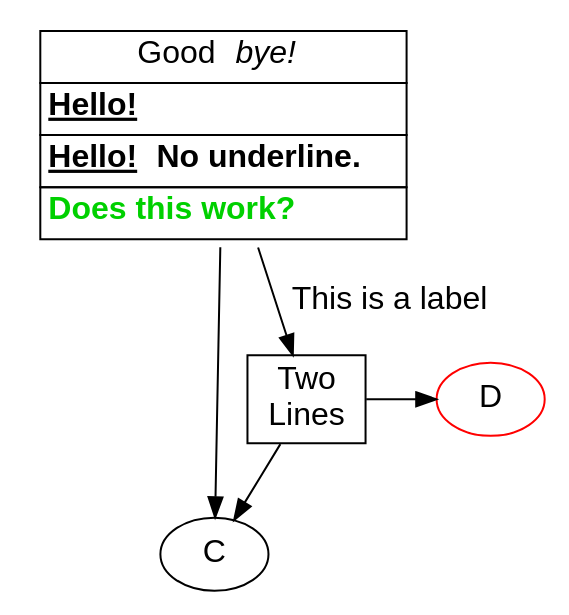
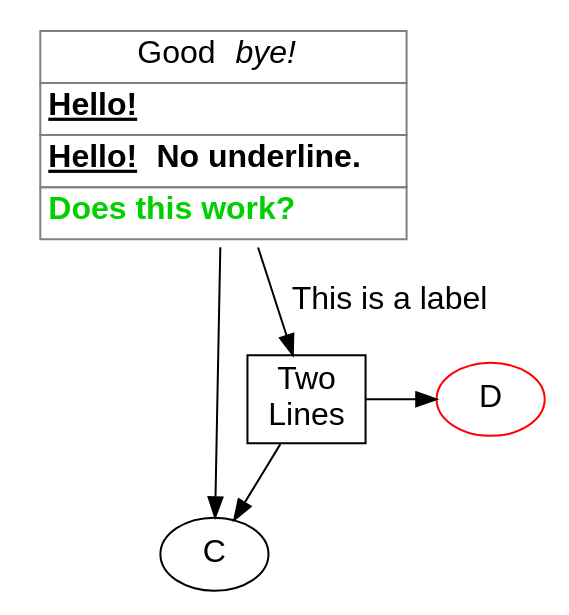
Before and after one commit to softwaretechnik-berlin/graphviz-scala: the diagram in doc/test.dot, drawn with Graphviz. The commit also changed 4 other files, not shown here.

```diff
--- a/doc/test.dot
+++ b/doc/test.dot
@@ -1,26 +1,26 @@
 digraph  {
   node [fontname = "Helvetica"; fontsize = 16.0;];
   edge [fontname = "Helvetica"; fontsize = 16.0;];
   fontname = "Helvetica";
   fontsize = 16.0;
   A [
-    label = <<TABLE border="0" cellBorder="1" cellPadding="3" cellSpacing="0">
+    label = <<TABLE border="0" cellBorder="1" cellPadding="3" cellSpacing="0" color="gray">
       <TR><TD >Good <I>bye!</I></TD></TR>
       <TR><TD align="Left"><B><U>Hello!</U></B></TD></TR>
       <TR><TD align="Left"><B><U>Hello!</U>No underline.</B></TD></TR>
       <TR><TD align="Left"><B><FONT color="#00D000">Does this work?</FONT></B></TD></TR>
     </TABLE>>;
     shape = none;
   ];
   C;
   subgraph  {
     rank = same;
     B [label = "Two\nLines"; shape = box;];
     D [color = "#FF0000";];
   }
   
   A -> B [label = "This is a label";];
   A -> C;
   B -> C;
   B -> D;
 }
```
